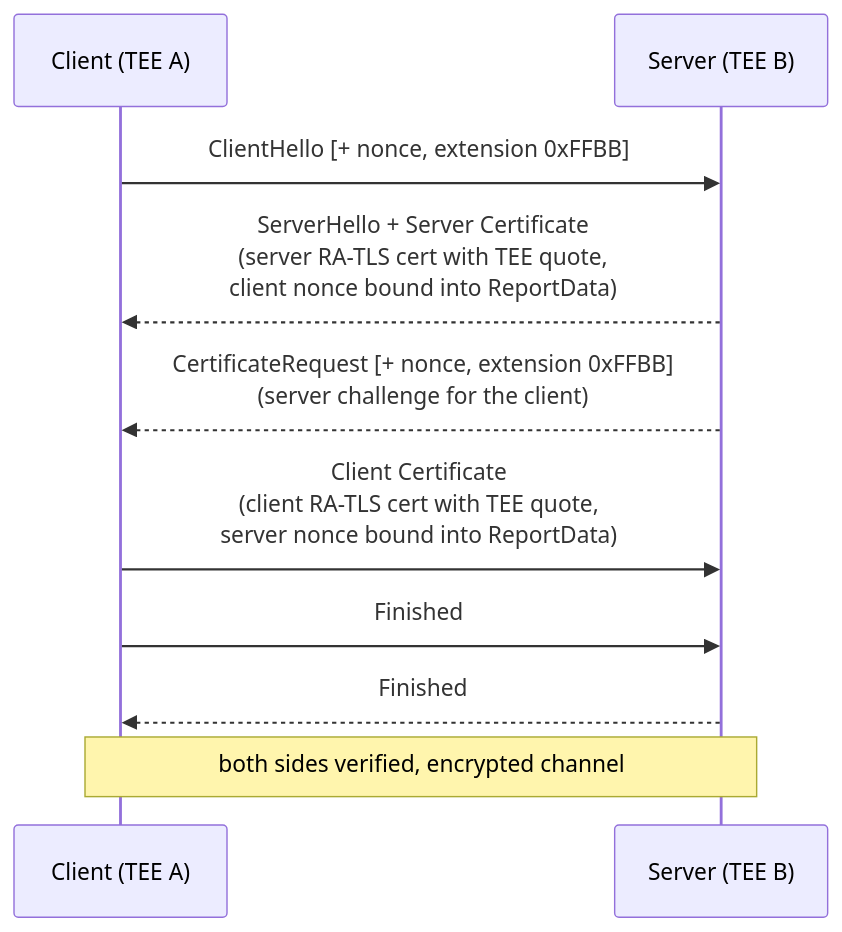
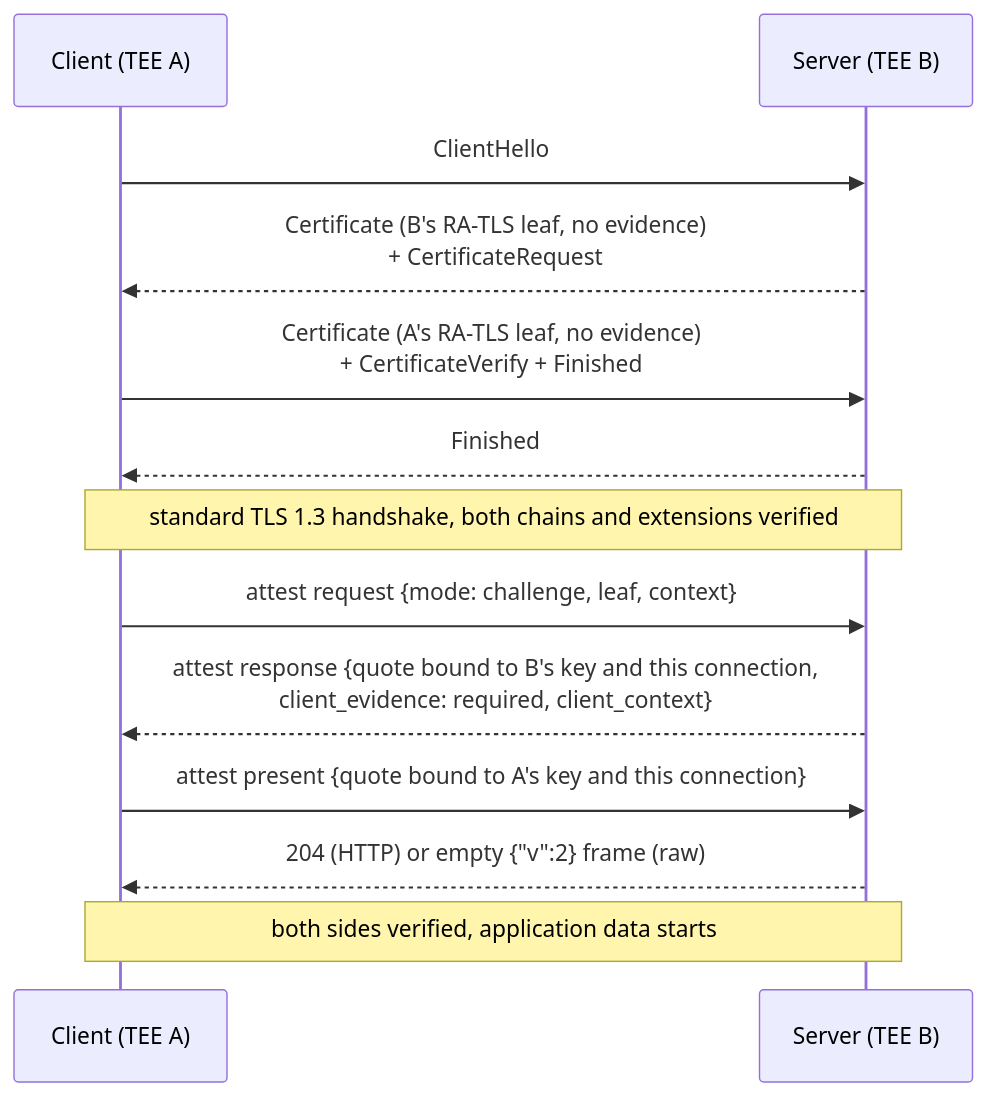
Before and after one commit to Privasys/websites: the diagram in apps/fronts/docs.privasys.org/content/docs/solutions/enclave-os/attestation/mutual-ra-tls.mdx, drawn with Mermaid. The commit also changed other lines of this file and 16 other files, not shown here.

````diff
--- a/apps/fronts/docs.privasys.org/content/docs/solutions/enclave-os/attestation/mutual-ra-tls.mdx
+++ b/apps/fronts/docs.privasys.org/content/docs/solutions/enclave-os/attestation/mutual-ra-tls.mdx
@@ -26,13 +26,16 @@
 ```mermaid
 sequenceDiagram
   participant A as Client (TEE A)
   participant B as Server (TEE B)
 
-  A->>B: ClientHello [+ nonce, extension 0xFFBB]
-  B-->>A: ServerHello + Server Certificate<br/>(server RA-TLS cert with TEE quote,<br/>client nonce bound into ReportData)
-  B-->>A: CertificateRequest [+ nonce, extension 0xFFBB]<br/>(server challenge for the client)
-  A->>B: Client Certificate<br/>(client RA-TLS cert with TEE quote,<br/>server nonce bound into ReportData)
-  A->>B: Finished
+  A->>B: ClientHello
+  B-->>A: Certificate (B's RA-TLS leaf, no evidence)<br/>+ CertificateRequest
+  A->>B: Certificate (A's RA-TLS leaf, no evidence)<br/>+ CertificateVerify + Finished
   B-->>A: Finished
-  Note over A,B: both sides verified, encrypted channel
+  Note over A,B: standard TLS 1.3 handshake, both chains and extensions verified
+  A->>B: attest request {mode: challenge, leaf, context}
+  B-->>A: attest response {quote bound to B's key and this connection,<br/>client_evidence: required, client_context}
+  A->>B: attest present {quote bound to A's key and this connection}
+  B-->>A: 204 (HTTP) or empty {"v":2} frame (raw)
+  Note over A,B: both sides verified, application data starts
 ```
````
